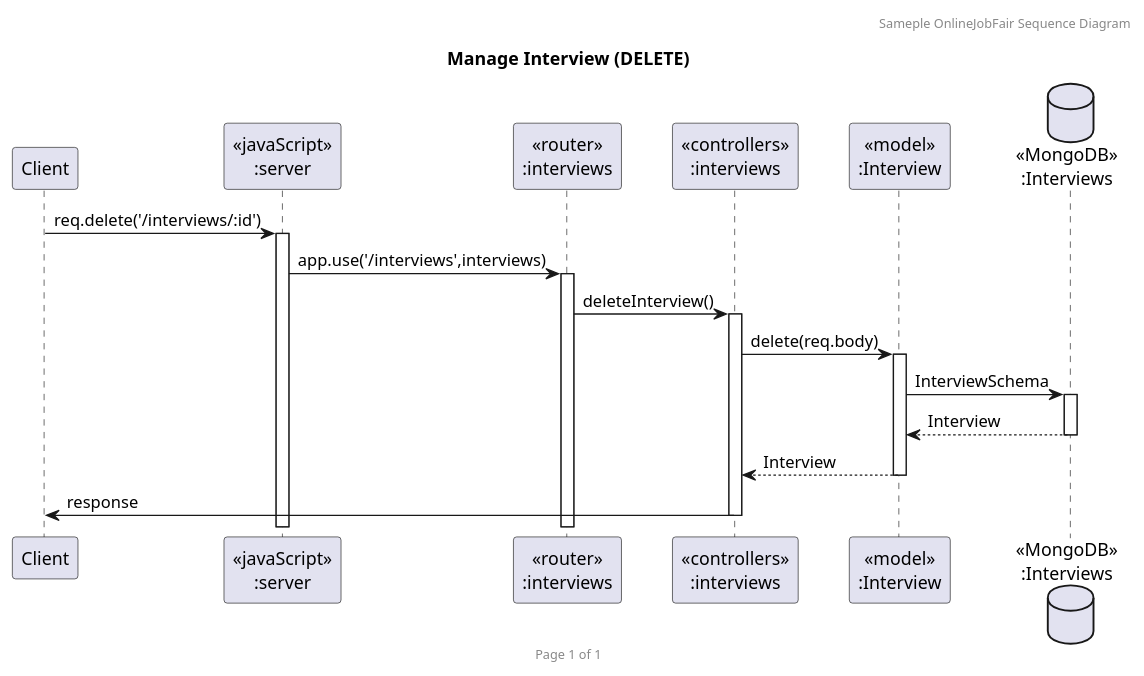
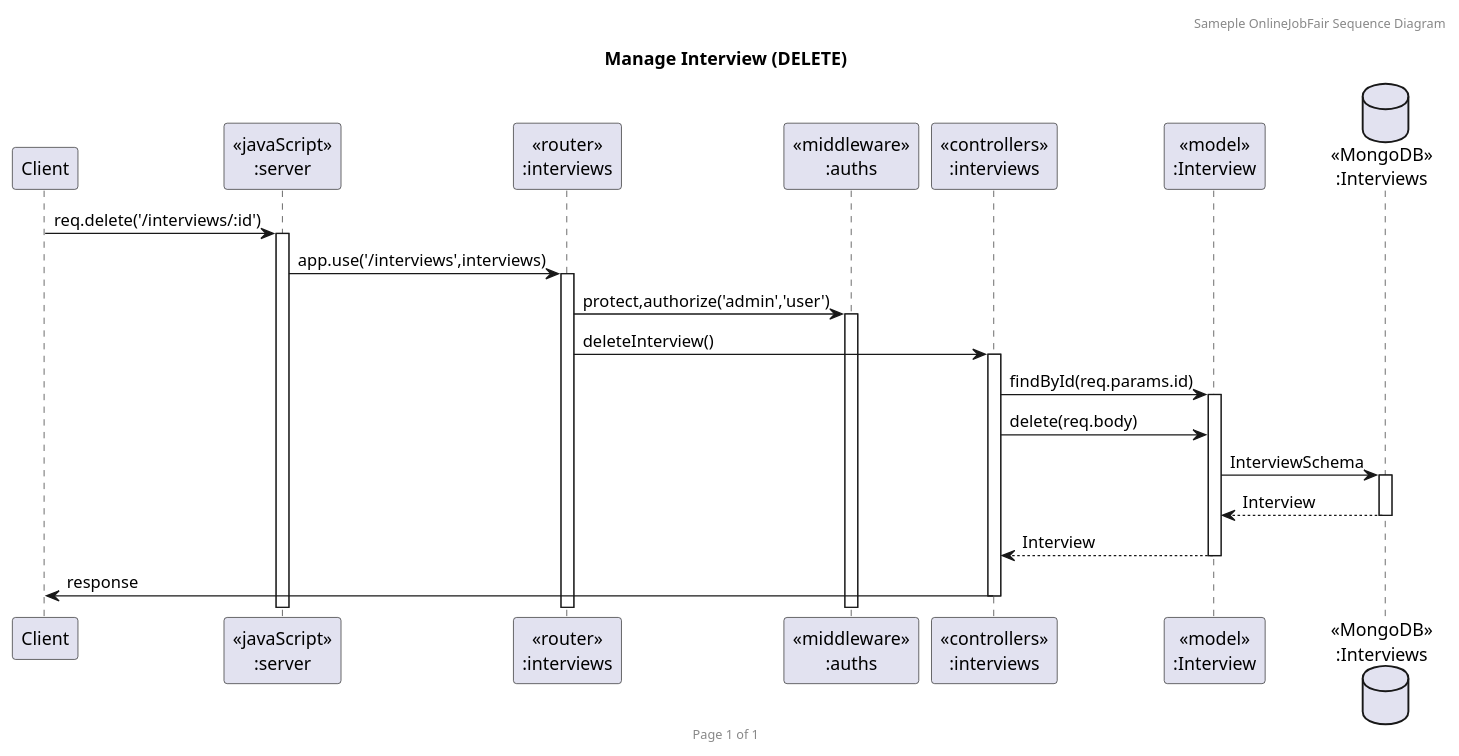
One commit to 2110503TACEDT66/presentation-day-1-madumeawteehongraomai changed the diagram in plantuml/deleteinter.puml. Above: the diagram before and after it, drawn with PlantUML. The commit also changed 29 other files, not shown here.

```diff
--- a/plantuml/deleteinter.puml
+++ b/plantuml/deleteinter.puml
@@ -1,23 +1,26 @@
 @startuml Manage Interview (DELETE)
 
 header Sameple OnlineJobFair Sequence Diagram
 footer Page %page% of %lastpage%
 title "Manage Interview (DELETE)"
 
 participant "Client" as client
 participant "<<javaScript>>\n:server" as server
 participant "<<router>>\n:interviews" as routerInterviews
+participant "<<middleware>>\n:auths" as auth
 participant "<<controllers>>\n:interviews" as controllersInterviews
 participant "<<model>>\n:Interview" as modelInterview
 database "<<MongoDB>>\n:Interviews" as InterviewsDatabase
 
 client->server ++:req.delete('/interviews/:id')
 server->routerInterviews ++:app.use('/interviews',interviews)
+routerInterviews -> auth ++:protect,authorize('admin','user')
 routerInterviews -> controllersInterviews ++:deleteInterview()
-controllersInterviews->modelInterview ++:delete(req.body)
+controllersInterviews->modelInterview ++:findById(req.params.id)
+controllersInterviews->modelInterview :delete(req.body)
 modelInterview ->InterviewsDatabase ++: InterviewSchema
 InterviewsDatabase --> modelInterview --: Interview
 controllersInterviews <-- modelInterview --:Interview
 controllersInterviews->client --:response
 
 @enduml
```
